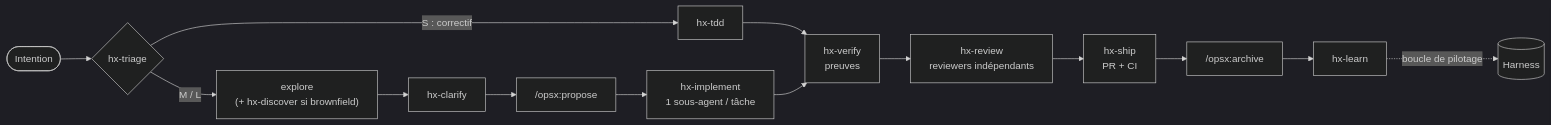
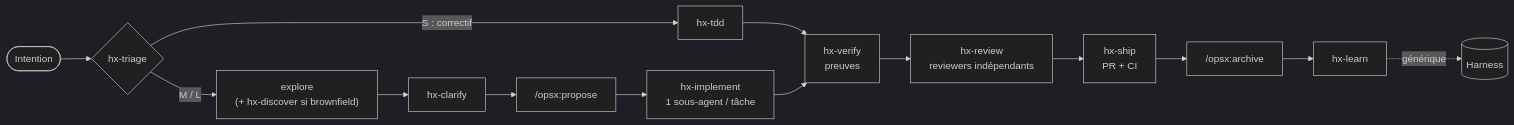
One commit to PatayEnCroute/Harness changed the second of 2 diagrams in docs/PLAN.md. Above: the diagram before and after it, drawn with Mermaid (dark theme). The commit also changed other lines of this file and 1 other file, not shown here.

````diff
--- a/docs/PLAN.md
+++ b/docs/PLAN.md
@@ -119,15 +143,15 @@
 ```mermaid
 flowchart LR
   I([Intention]) --> T{hx-triage}
   T -->|S : correctif| TDD[hx-tdd]
   T -->|M / L| E["explore<br/>(+ hx-discover si brownfield)"]
   E --> C[hx-clarify] --> P["/opsx:propose"]
   P --> IM["hx-implement<br/>1 sous-agent / tâche"]
   TDD --> V
   IM --> V["hx-verify<br/>preuves"]
   V --> RV["hx-review<br/>reviewers indépendants"]
   RV --> SH["hx-ship<br/>PR + CI"]
   SH --> AR["/opsx:archive"]
   AR --> L[hx-learn]
-  L -.->|boucle de pilotage| HX[(Harness)]
+  L -.->|générique| HX[(Harness)]
 ```
````
